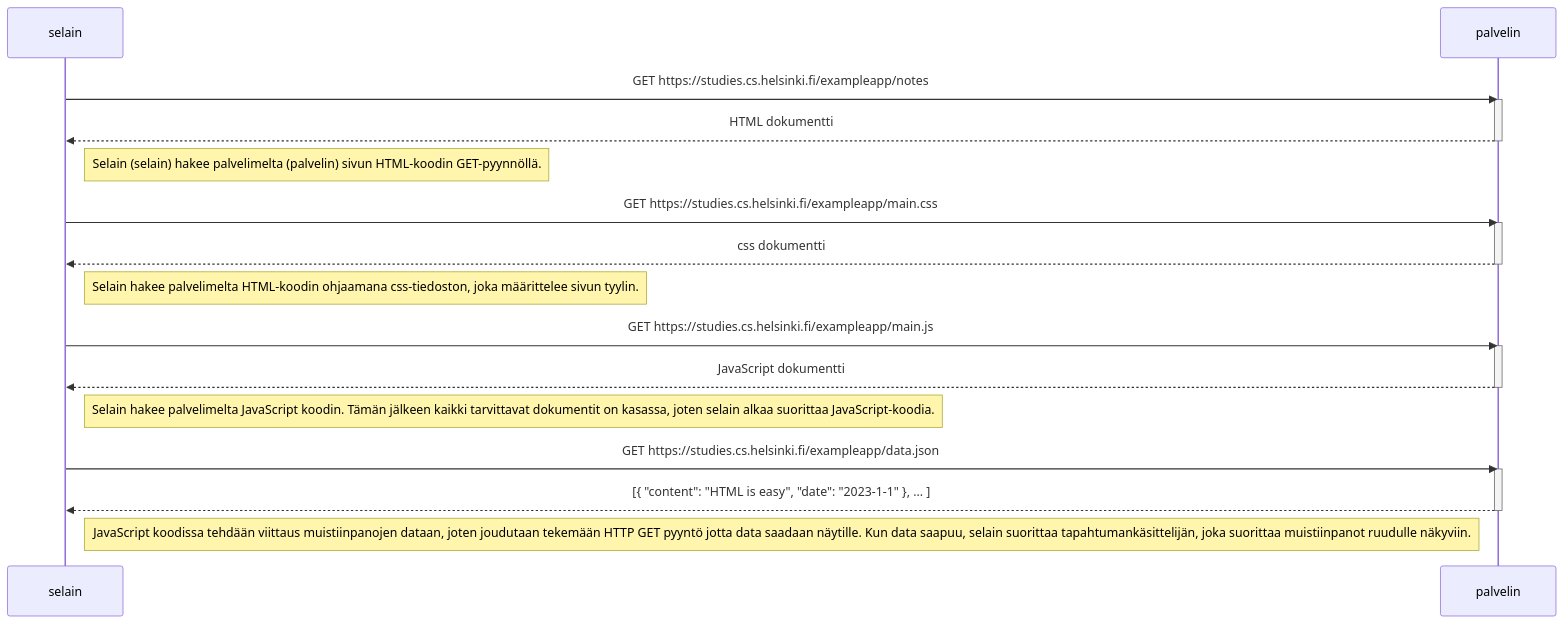
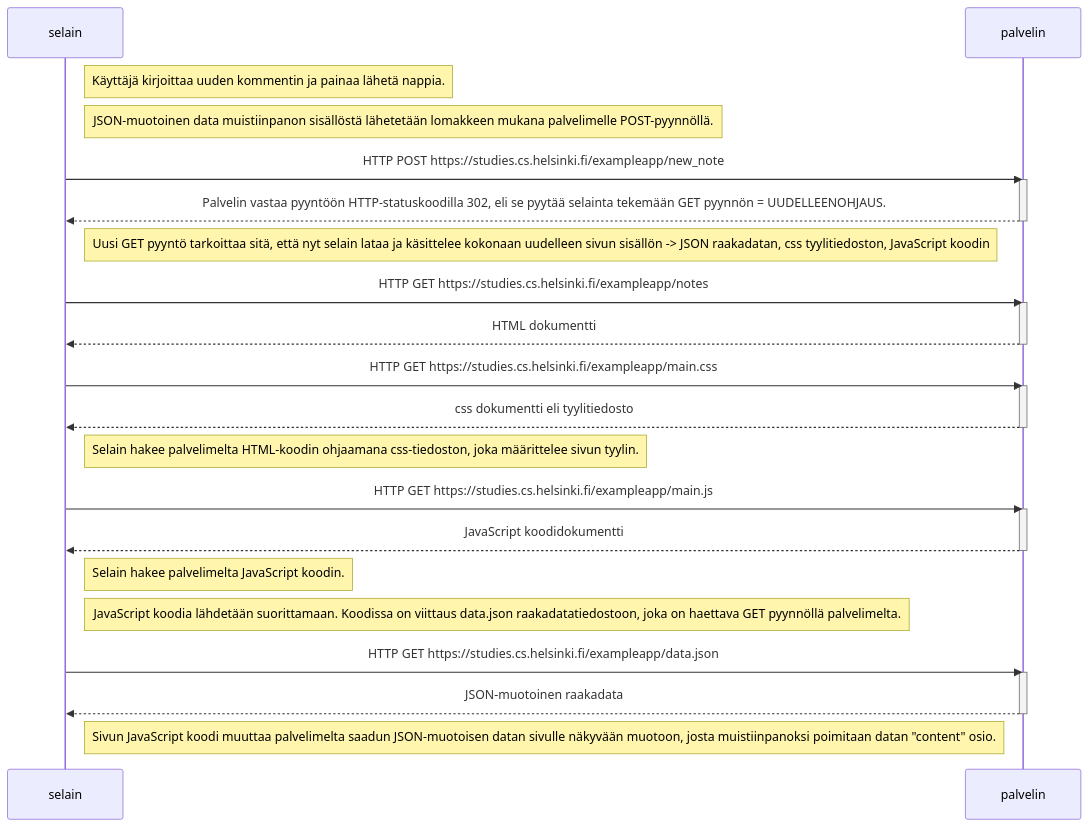
One commit to jjuliaj/fullstackopen changed the diagram in Osa0/04.md. Above: the diagram before and after it, drawn with Mermaid. The commit also changed 3 other files, not shown here.

````diff
--- a/Osa0/04.md
+++ b/Osa0/04.md
@@ -1,35 +1,44 @@
 ```mermaid
 
 sequenceDiagram
     participant selain
     participant palvelin
 
-    selain->>palvelin: GET https://studies.cs.helsinki.fi/exampleapp/notes
+    Note right of selain: Käyttäjä kirjoittaa uuden kommentin ja painaa lähetä nappia.
+    Note right of selain: JSON-muotoinen data muistiinpanon sisällöstä lähetetään lomakkeen mukana palvelimelle POST-pyynnöllä.
+
+    selain->>palvelin: HTTP POST https://studies.cs.helsinki.fi/exampleapp/new_note
+    activate palvelin
+    palvelin-->>selain: Palvelin vastaa pyyntöön HTTP-statuskoodilla 302, eli se pyytää selainta tekemään GET pyynnön = UUDELLEENOHJAUS.
+    deactivate palvelin
+
+    Note right of selain: Uusi GET pyyntö tarkoittaa sitä, että nyt selain lataa ja käsittelee kokonaan uudelleen sivun sisällön -> JSON raakadatan, css tyylitiedoston, JavaScript koodin
+
+    selain->>palvelin: HTTP GET https://studies.cs.helsinki.fi/exampleapp/notes
     activate palvelin
     palvelin-->>selain: HTML dokumentti
     deactivate palvelin
-
-    Note right of selain: Selain (selain) hakee palvelimelta (palvelin) sivun HTML-koodin GET-pyynnöllä.
     
-    selain->>palvelin: GET https://studies.cs.helsinki.fi/exampleapp/main.css
+    selain->>palvelin: HTTP GET https://studies.cs.helsinki.fi/exampleapp/main.css
     activate palvelin
-    palvelin-->>selain: css dokumentti
+    palvelin-->>selain: css dokumentti eli tyylitiedosto
     deactivate palvelin
 
     Note right of selain: Selain hakee palvelimelta HTML-koodin ohjaamana css-tiedoston, joka määrittelee sivun tyylin.
     
-    selain->>palvelin: GET https://studies.cs.helsinki.fi/exampleapp/main.js
+    selain->>palvelin: HTTP GET https://studies.cs.helsinki.fi/exampleapp/main.js
     activate palvelin
-    palvelin-->>selain: JavaScript dokumentti
+    palvelin-->>selain: JavaScript koodidokumentti
     deactivate palvelin
     
-    Note right of selain: Selain hakee palvelimelta JavaScript koodin. Tämän jälkeen kaikki tarvittavat dokumentit on kasassa, joten selain alkaa suorittaa JavaScript-koodia.
+    Note right of selain: Selain hakee palvelimelta JavaScript koodin.
+    Note right of selain: JavaScript koodia lähdetään suorittamaan. Koodissa on viittaus data.json raakadatatiedostoon, joka on haettava GET pyynnöllä palvelimelta.
     
-    selain->>palvelin: GET https://studies.cs.helsinki.fi/exampleapp/data.json
+    selain->>palvelin: HTTP GET https://studies.cs.helsinki.fi/exampleapp/data.json
     activate palvelin
-    palvelin-->>selain: [{ "content": "HTML is easy", "date": "2023-1-1" }, ... ]
+    palvelin-->>selain: JSON-muotoinen raakadata
     deactivate palvelin    
 
-    Note right of selain: JavaScript koodissa tehdään viittaus muistiinpanojen dataan, joten joudutaan tekemään HTTP GET pyyntö jotta data saadaan näytille. Kun data saapuu, selain suorittaa tapahtumankäsittelijän, joka suorittaa muistiinpanot ruudulle näkyviin.
+    Note right of selain: Sivun JavaScript koodi muuttaa palvelimelta saadun JSON-muotoisen datan sivulle näkyvään muotoon, josta muistiinpanoksi poimitaan datan "content" osio.
 
 ```
````
